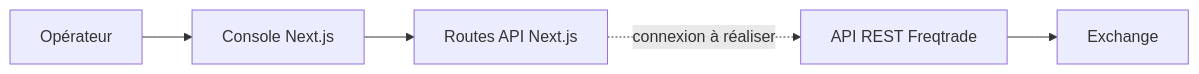
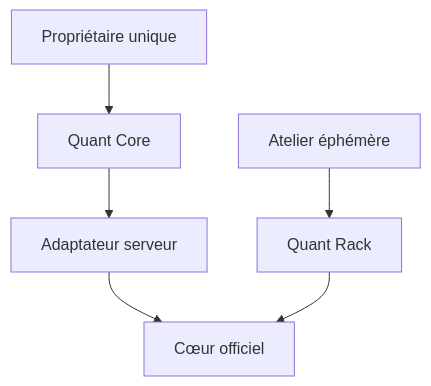
One commit to propann/freqtrade changed the diagram in ARCHITECTURE.md. Above: the diagram before and after it, drawn with Mermaid. The commit also changed other lines of this file and 13 other files, not shown here.

````diff
--- a/ARCHITECTURE.md
+++ b/ARCHITECTURE.md
@@ -5,7 +5,8 @@
 ```mermaid
-flowchart LR
-  U[Opérateur] --> C[Console Next.js]
-  C --> A[Routes API Next.js]
-  A -. connexion à réaliser .-> F[API REST Freqtrade]
-  F --> E[Exchange]
+flowchart TD
+  U[Propriétaire unique] --> C[Quant Core]
+  C --> A[Adaptateur serveur]
+  A --> F[Cœur officiel]
+  R[Quant Rack] --> F
+  L[Atelier éphémère] --> R
 ```
````
